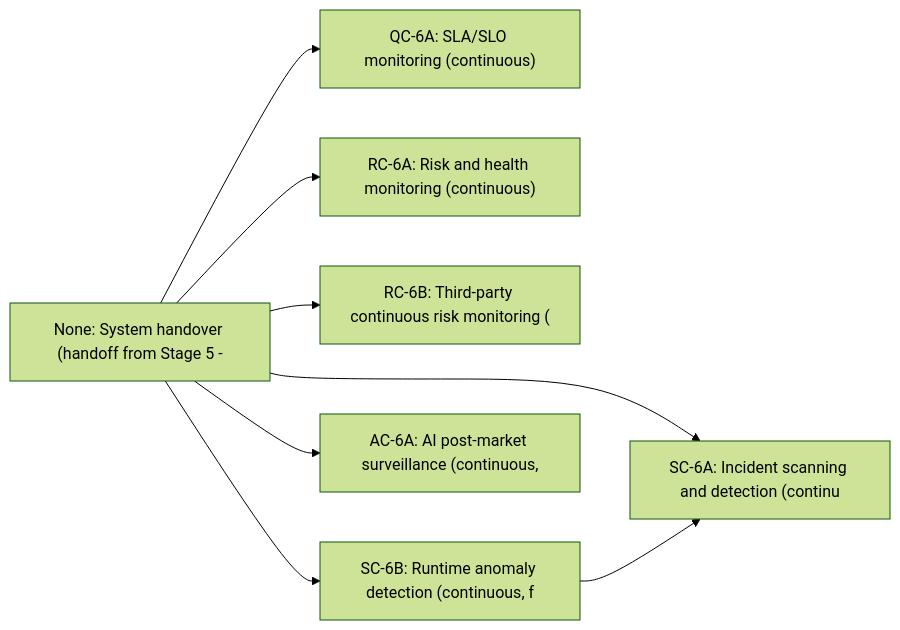
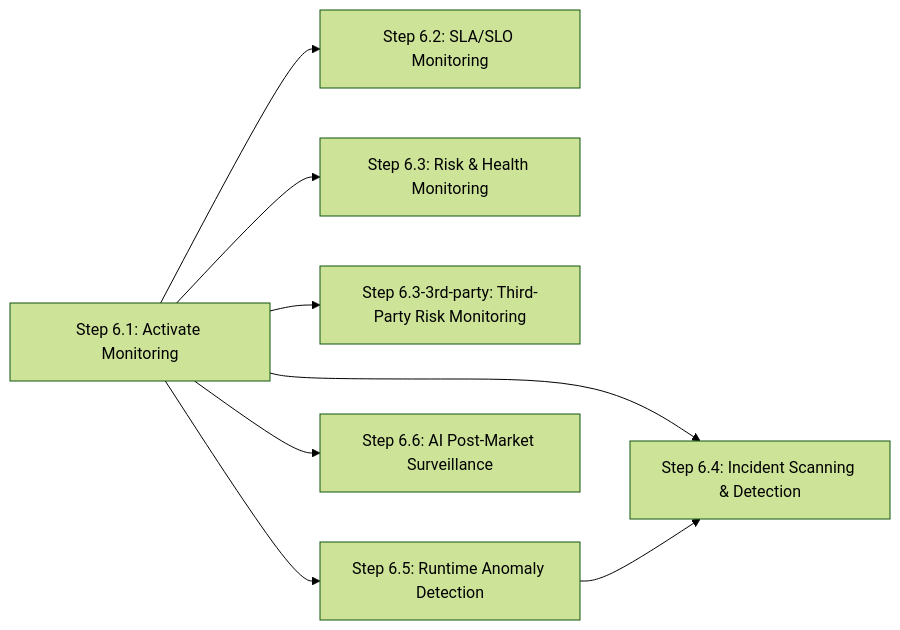
Before and after one commit to jvanheerikhuize/a-sdlc: the diagram in stages/06-observability-maintenance/README.md, drawn with Mermaid (forest theme). The commit also changed other lines of this file and 18 other files, not shown here.

First line of the commit message:
Base mermaid workflow diagrams on steps instead of controls

````diff
--- a/stages/06-observability-maintenance/README.md
+++ b/stages/06-observability-maintenance/README.md
@@ -44,17 +44,17 @@
 ```mermaid
 graph LR
-  n-handover["None: System handover (handoff from Stage 5 - "]
-  n-qc6a["QC-6A: SLA/SLO monitoring (continuous)"]
-  n-rc6a["RC-6A: Risk and health monitoring (continuous)"]
-  n-rc6b["RC-6B: Third-party continuous risk monitoring ("]
-  n-sc6a["SC-6A: Incident scanning and detection (continu"]
-  n-sc6b["SC-6B: Runtime anomaly detection (continuous, f"]
-  n-ac6a["AC-6A: AI post-market surveillance (continuous,"]
+  n-handover["Step 6.1: Activate Monitoring"]
+  n-qc6a["Step 6.2: SLA/SLO Monitoring"]
+  n-rc6a["Step 6.3: Risk & Health Monitoring"]
+  n-rc6b["Step 6.3-3rd-party: Third-Party Risk Monitoring"]
+  n-sc6a["Step 6.4: Incident Scanning & Detection"]
+  n-sc6b["Step 6.5: Runtime Anomaly Detection"]
+  n-ac6a["Step 6.6: AI Post-Market Surveillance"]
   n-handover --> n-qc6a
   n-handover --> n-rc6a
   n-handover --> n-rc6b
   n-handover --> n-sc6a
   n-sc6b --> n-sc6a
   n-handover --> n-sc6b
   n-handover --> n-ac6a
 ```
````
